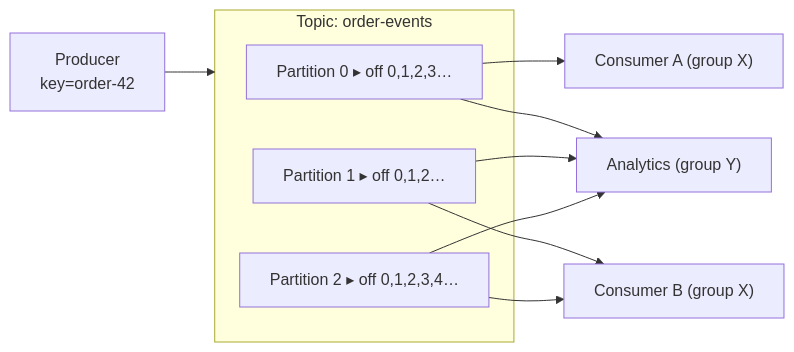
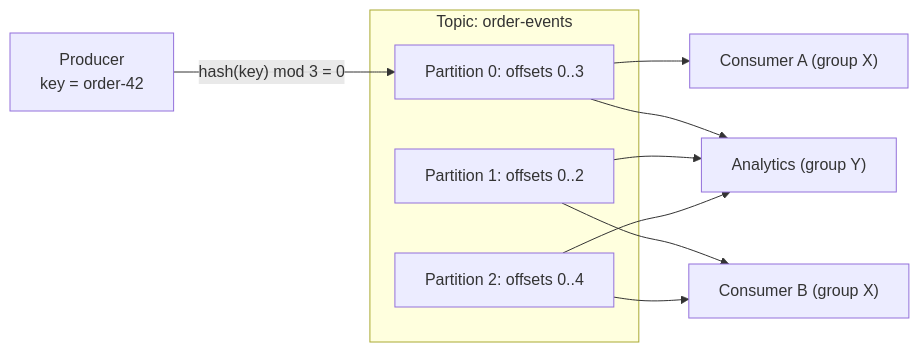
Before and after one commit to AndrewAltimit/Documentation: the fourth of 9 diagrams in github-pages/docs/event-driven/message-brokers.md, drawn with Mermaid. The commit also changed other lines of this file and 240 other files, not shown here.

````diff
--- a/github-pages/docs/event-driven/message-brokers.md
+++ b/github-pages/docs/event-driven/message-brokers.md
@@ -130,15 +156,15 @@
 ```mermaid
 flowchart LR
-    P["Producer<br/>key=order-42"] --> Topic
+    P["Producer<br/>key = order-42"] -->|"hash(key) mod 3 = 0"| Pa0
     subgraph Topic["Topic: order-events"]
-      Pa0["Partition 0 ▸ off 0,1,2,3…"]
-      Pa1["Partition 1 ▸ off 0,1,2…"]
-      Pa2["Partition 2 ▸ off 0,1,2,3,4…"]
+      Pa0["Partition 0: offsets 0..3"]
+      Pa1["Partition 1: offsets 0..2"]
+      Pa2["Partition 2: offsets 0..4"]
     end
     Pa0 --> C0["Consumer A (group X)"]
     Pa1 --> C1["Consumer B (group X)"]
     Pa2 --> C1
     Pa0 --> D0["Analytics (group Y)"]
     Pa1 --> D0
     Pa2 --> D0
 ```
````
